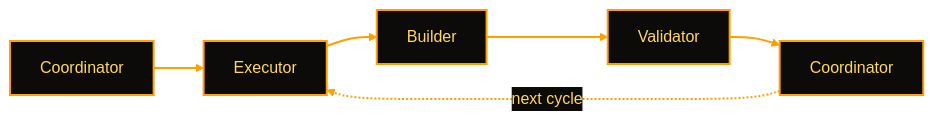
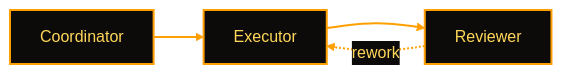
One commit to servatusprime/ai_ops changed the fifth of 5 diagrams in HUMANS.md. Above: the diagram before and after it, drawn with Mermaid. The commit also changed other lines of this file and 82 other files, not shown here.

````diff
--- a/HUMANS.md
+++ b/HUMANS.md
@@ -690,30 +715,30 @@
 ```mermaid
 %%{init: {
   "theme": "base",
   "themeVariables": {
     "darkMode": true,
     "background": "#111111",
     "primaryColor": "#0d0b09",
     "primaryTextColor": "#FFD85A",
     "primaryBorderColor": "#FF9F00",
     "lineColor": "#FF9F00",
     "textColor": "#FFD85A",
     "mainBkg": "#0d0b09",
     "clusterBkg": "#12110f",
     "clusterBorder": "#8A4F00",
     "titleColor": "#FFE680",
     "edgeLabelBackground": "#0d0b09"
   },
   "themeCSS": ".edgeLabel rect, .labelBkg { fill: #0d0b09 !important; } .edgeLabel text, .edgeLabel span { fill: #FFD85A !important; color: #FFD85A !important; }"
 }}%%
 
 flowchart LR
-  CO[Coordinator] --> EX[Executor] --> BL[Builder] --> VA[Validator] --> CO2[Coordinator]
-  CO2 -. next cycle .-> EX
+  CO[Coordinator] --> EX[Executor] --> RV[Reviewer]
+  RV -. rework .-> EX
 
   classDef node fill:#0d0b09,stroke:#FF9F00,color:#FFD85A,stroke-width:2px
 
-  class CO,EX,BL,VA,CO2 node
+  class CO,EX,RV node
 
   linkStyle default stroke:#FF9F00,stroke-width:2px
 ```
````
